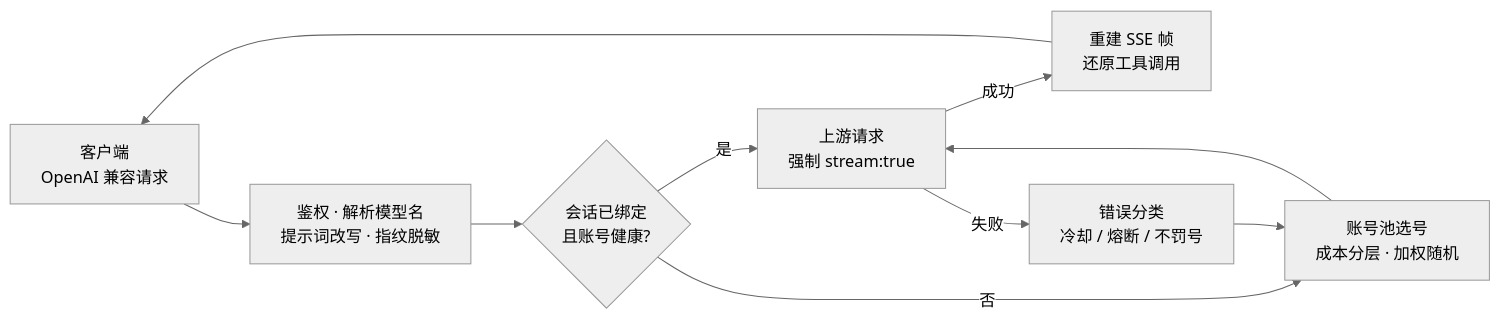
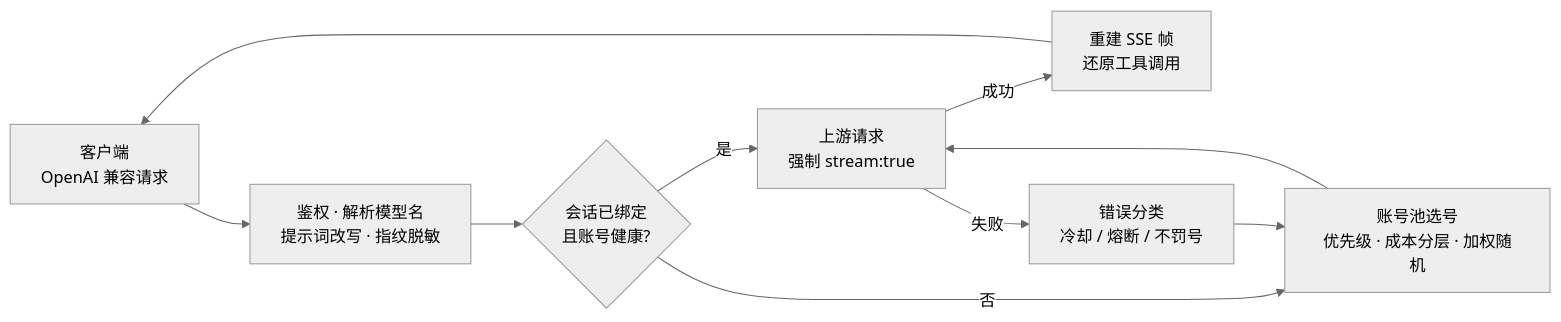
Before and after one commit to yreidev/workbuddy2api-panel: the diagram in docs/gateway.md, drawn with Mermaid (neutral theme). The commit also changed other lines of this file and 45 other files, not shown here.

````diff
--- a/docs/gateway.md
+++ b/docs/gateway.md
@@ -17,10 +17,10 @@
 ```mermaid
 flowchart LR
     C["客户端<br/>OpenAI 兼容请求"] --> H["鉴权 · 解析模型名<br/>提示词改写 · 指纹脱敏"]
     H --> S{"会话已绑定<br/>且账号健康?"}
     S -- 是 --> U
-    S -- 否 --> P["账号池选号<br/>成本分层 · 加权随机"]
+    S -- 否 --> P["账号池选号<br/>优先级 · 成本分层 · 加权随机"]
     P --> U["上游请求<br/>强制 stream:true"]
     U -- 成功 --> R["重建 SSE 帧<br/>还原工具调用"] --> C
     U -- 失败 --> E["错误分类<br/>冷却 / 熔断 / 不罚号"] --> P
 ```
````
